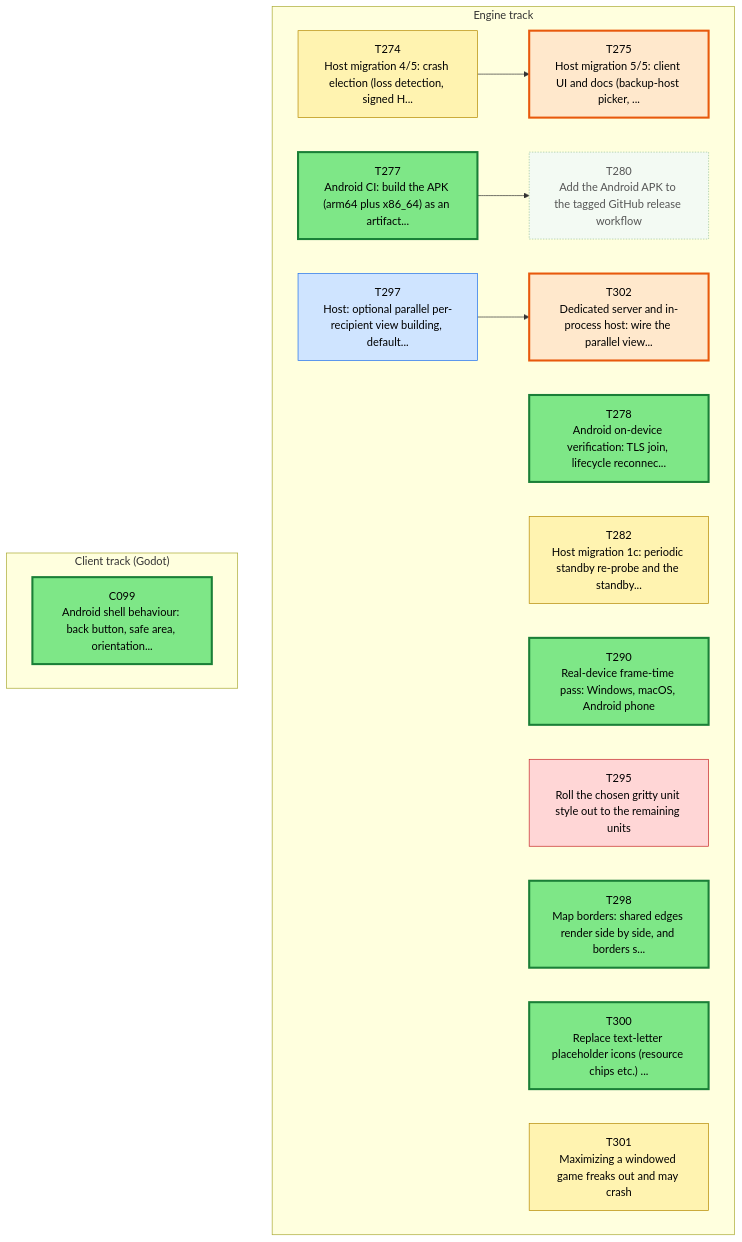
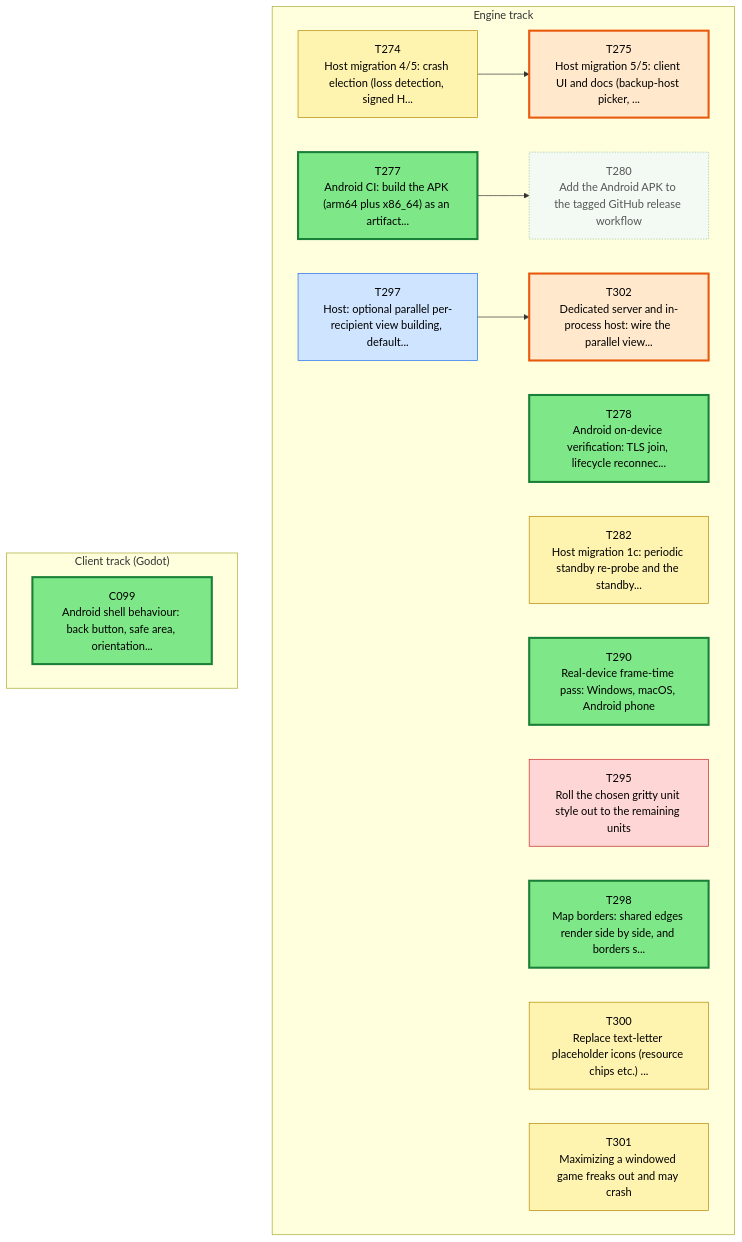
Before and after one commit to Kenmura/Unciv: the first of 3 diagrams in csharp/migration/DEPENDENCY_MAP.md, drawn with Mermaid. The commit also changed other lines of this file and 1 other file, not shown here.

````diff
--- a/csharp/migration/DEPENDENCY_MAP.md
+++ b/csharp/migration/DEPENDENCY_MAP.md
@@ -35,45 +35,45 @@
 ```mermaid
 flowchart TD
   subgraph TTRACK["Engine track"]
     T274["T274<br/>Host migration 4/5: crash election (loss detection, signed H..."]
     T275["T275<br/>Host migration 5/5: client UI and docs (backup-host picker, ..."]
     T277["T277<br/>Android CI: build the APK (arm64 plus x86_64) as an artifact..."]
     T278["T278<br/>Android on-device verification: TLS join, lifecycle reconnec..."]
     T280["T280<br/>Add the Android APK to the tagged GitHub release workflow"]
     T282["T282<br/>Host migration 1c: periodic standby re-probe and the standby..."]
     T290["T290<br/>Real-device frame-time pass: Windows, macOS, Android phone"]
     T295["T295<br/>Roll the chosen gritty unit style out to the remaining units"]
     T297["T297<br/>Host: optional parallel per-recipient view building, default..."]
     T298["T298<br/>Map borders: shared edges render side by side, and borders s..."]
     T300["T300<br/>Replace text-letter placeholder icons (resource chips etc.) ..."]
     T301["T301<br/>Maximizing a windowed game freaks out and may crash"]
     T302["T302<br/>Dedicated server and in-process host: wire the parallel view..."]
   end
   subgraph CTRACK["Client track (Godot)"]
     C099["C099<br/>Android shell behaviour: back button, safe area, orientation..."]
   end
   T274 --> T275
   T277 --> T280
   T297 --> T302
   classDef waiting fill:#f3faf3,stroke:#9bc49b,color:#555,stroke-dasharray:2 2
   classDef ondeck fill:#ffe8cc,stroke:#e8590c,stroke-width:3px,color:#000
   classDef ready fill:#7ee787,stroke:#1a7f37,stroke-width:3px,color:#000
   classDef prog fill:#fff3b0,stroke:#b58900,color:#000
   classDef review fill:#cfe4ff,stroke:#1f6feb,color:#000
   classDef blocked fill:#ffd6d6,stroke:#c62828,color:#000
   classDef done fill:#eeeeee,stroke:#999999,color:#666,stroke-dasharray:4 3
   class C099 ready
   class T274 prog
   class T275 ondeck
   class T277 ready
   class T278 ready
   class T280 waiting
   class T282 prog
   class T290 ready
   class T295 blocked
   class T297 review
   class T298 ready
-  class T300 ready
+  class T300 prog
   class T301 prog
   class T302 ondeck
 ```
````
